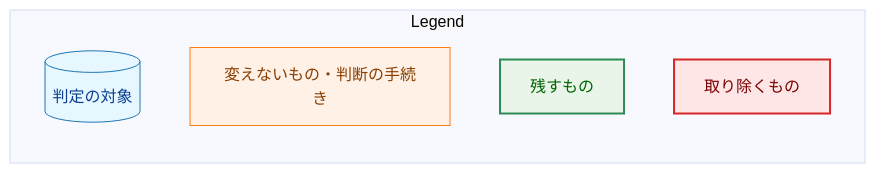
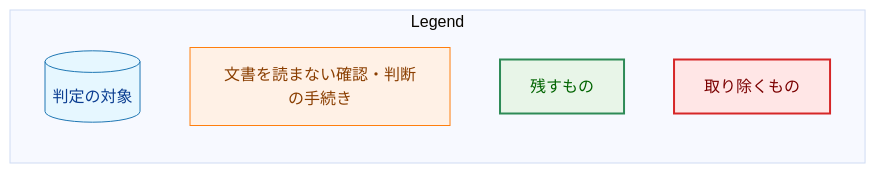
The second of 10 diagrams in docs/tasks/0052_doc_test_pruning/02_architecture.md (isseis/yt2column), drawn with Mermaid (base theme) before and after one commit. The commit also changed other lines of this file, not shown here.

````diff
--- a/docs/tasks/0052_doc_test_pruning/02_architecture.md
+++ b/docs/tasks/0052_doc_test_pruning/02_architecture.md
@@ -91,19 +92,19 @@
 ```mermaid
 flowchart LR
     classDef data fill:#e6f7ff,stroke:#1f77b4,stroke-width:1px,color:#0b3d91;
     classDef process fill:#fff1e6,stroke:#ff7f0e,stroke-width:1px,color:#8a3e00;
     classDef enhanced fill:#e8f5e8,stroke:#2e8b57,stroke-width:2px,color:#006400;
     classDef problem fill:#ffe6e6,stroke:#d62728,stroke-width:2px,color:#7b0000;
 
     subgraph Legend["Legend"]
         L1[("判定の対象")]
-        L2["変えないもの・判断の手続き"]
+        L2["文書を読まない確認・判断の手続き"]
         L3["残すもの"]
         L4["取り除くもの"]
     end
 
     class L1 data
     class L2 process
     class L3 enhanced
     class L4 problem
 ```
````
